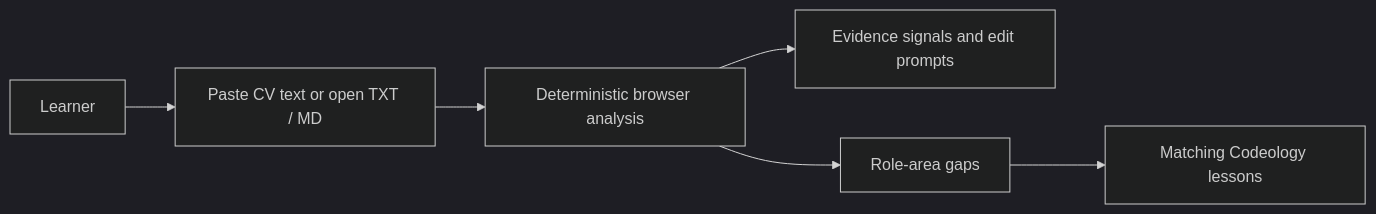
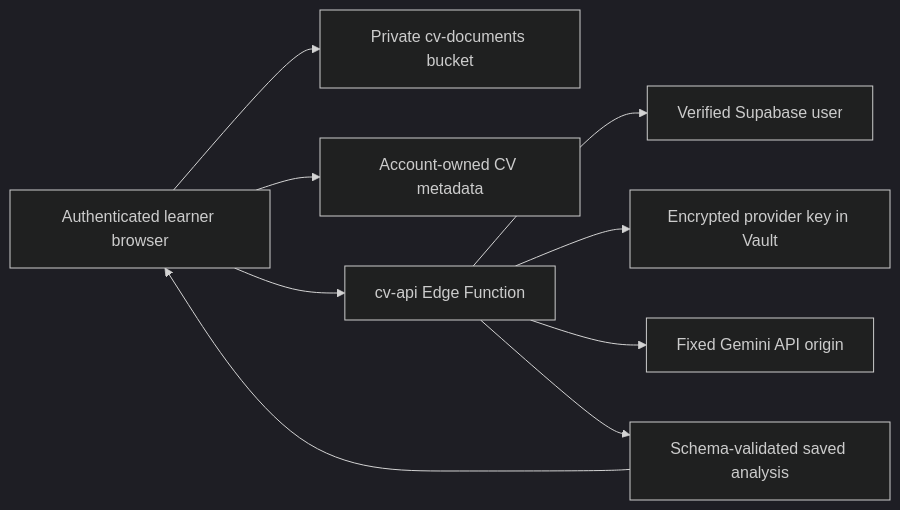
One commit to akshatporwal002/ai-engineering-from-scratch changed the diagram in docs/CODEOLOGY_CV_ANALYSIS_MIGRATION.md. Above: the diagram before and after it, drawn with Mermaid (dark theme). The commit also changed other lines of this file and 23 other files, not shown here.

Commit message:
feat(codeology): add account-backed CV analysis

````diff
--- a/docs/CODEOLOGY_CV_ANALYSIS_MIGRATION.md
+++ b/docs/CODEOLOGY_CV_ANALYSIS_MIGRATION.md
@@ -33,8 +31,11 @@
 ```mermaid
 flowchart LR
-  Learner["Learner"] --> Input["Paste CV text or open TXT / MD"]
-  Input --> Engine["Deterministic browser analysis"]
-  Engine --> Signals["Evidence signals and edit prompts"]
-  Engine --> Gaps["Role-area gaps"]
-  Gaps --> Lessons["Matching Codeology lessons"]
+  Browser["Authenticated learner browser"] --> Storage["Private cv-documents bucket"]
+  Browser --> RLS["Account-owned CV metadata"]
+  Browser --> Edge["cv-api Edge Function"]
+  Edge --> Auth["Verified Supabase user"]
+  Edge --> Vault["Encrypted provider key in Vault"]
+  Edge --> Gemini["Fixed Gemini API origin"]
+  Edge --> Analysis["Schema-validated saved analysis"]
+  Analysis --> Browser
 ```
````
